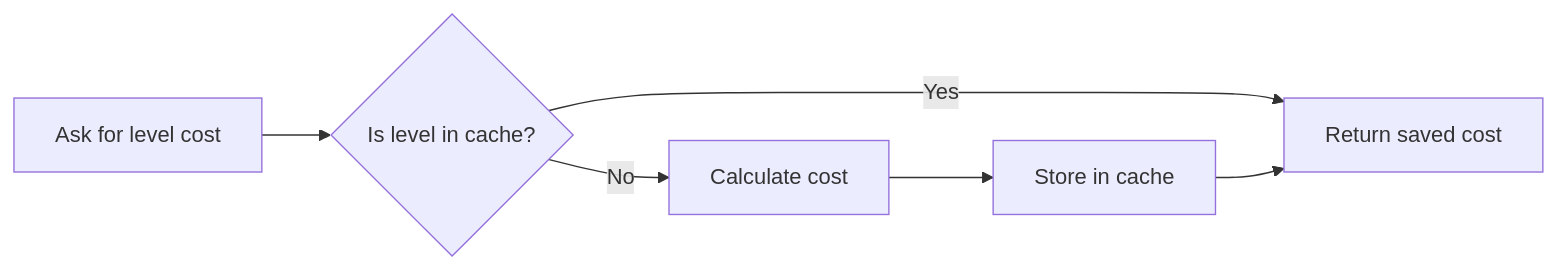
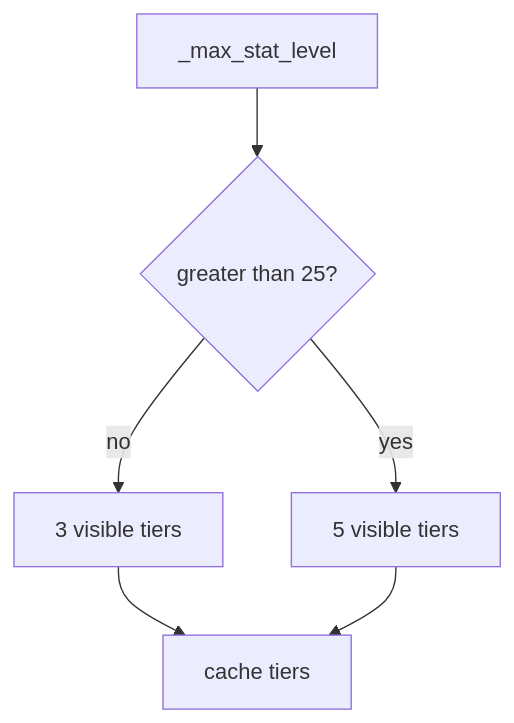
One commit to nimbold/LifeXP changed diagram 14 of 30 in docs/beginner-guide/03-advanced.md. Above: the diagram before and after it, drawn with Mermaid. The commit also changed other lines of this file, not shown here.

````diff
--- a/docs/beginner-guide/03-advanced.md
+++ b/docs/beginner-guide/03-advanced.md
@@ -336,8 +732,8 @@
 ```mermaid
-flowchart LR
-    A["Ask for level cost"] --> B{"Is level in cache?"}
-    B -->|Yes| C["Return saved cost"]
-    B -->|No| D["Calculate cost"]
-    D --> E["Store in cache"]
-    E --> C
+flowchart TD
+    A["_max_stat_level"] --> B{"greater than 25?"}
+    B -->|no| C["3 visible tiers"]
+    B -->|yes| D["5 visible tiers"]
+    C --> E["cache tiers"]
+    D --> E
 ```
````
